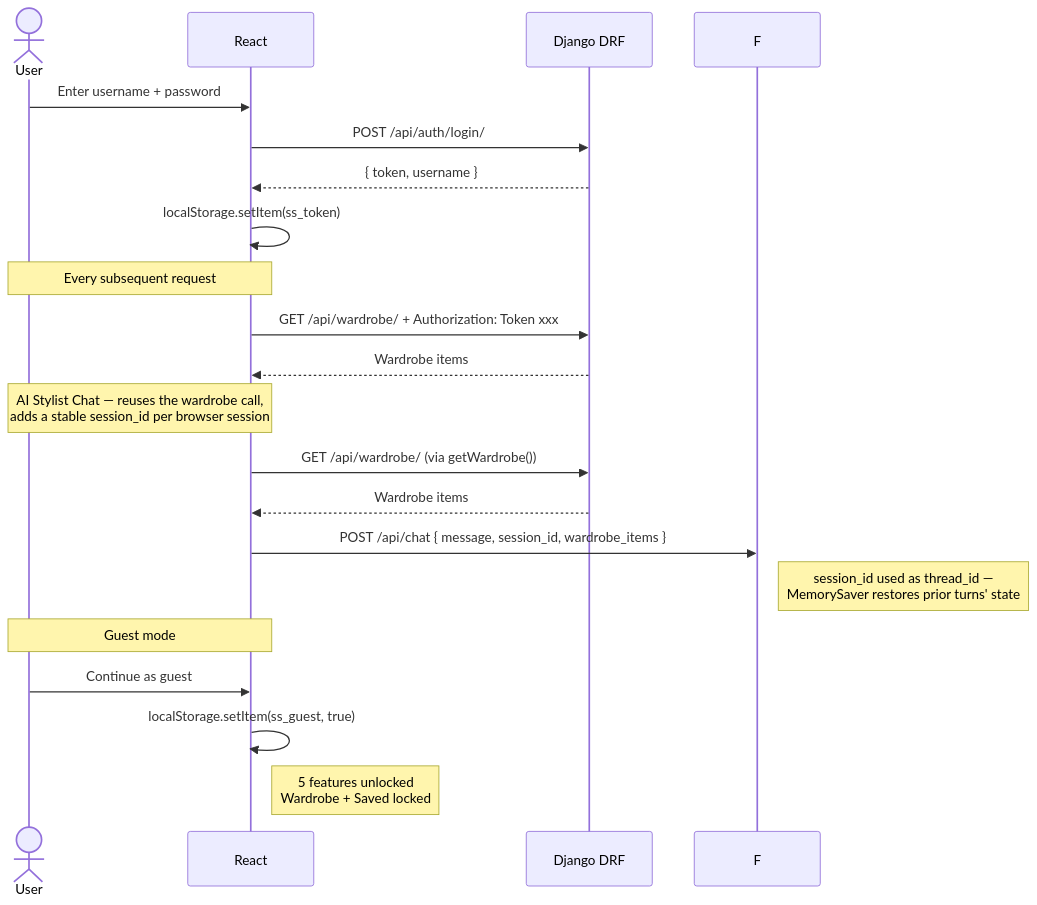
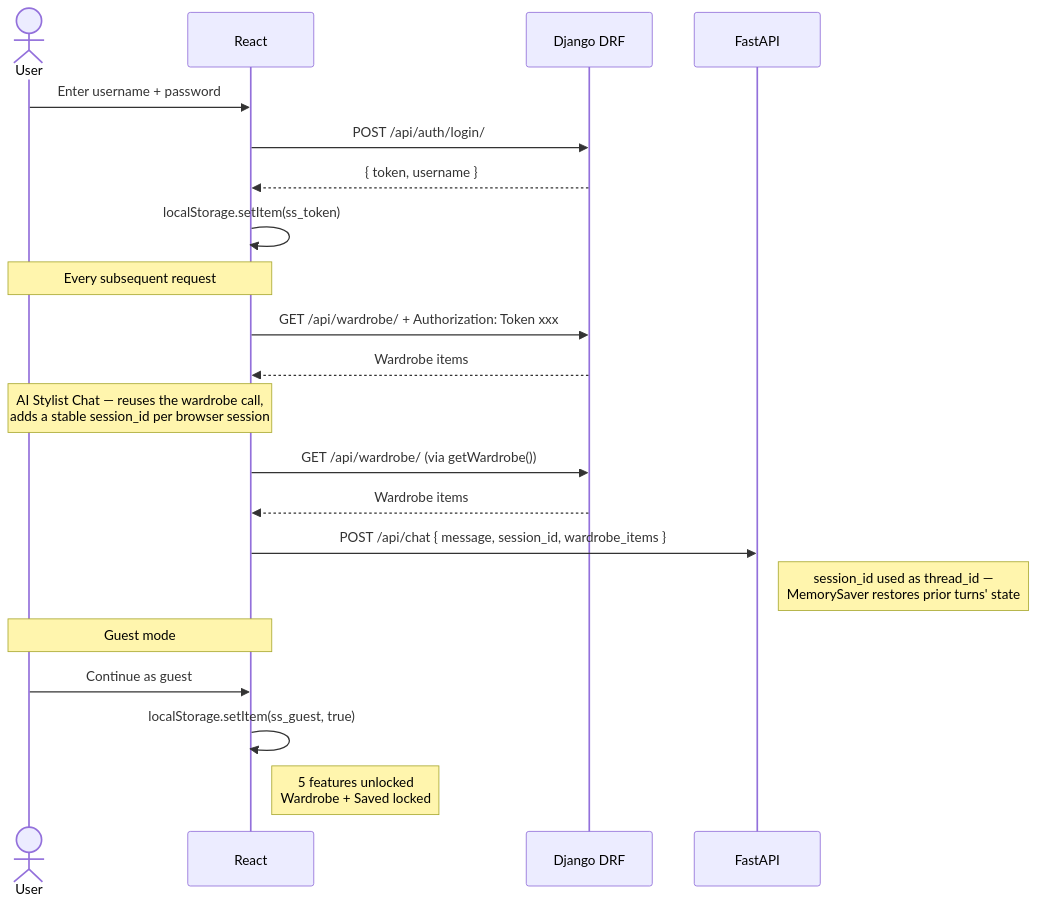
One commit to saloni8780/StyleSense changed the fourth of 4 diagrams in README.md. Above: the diagram before and after it, drawn with Mermaid. The commit also changed other lines of this file, not shown here.

Commit message:
docs: update project overview, features, and setup

````diff
--- a/README.md
+++ b/README.md
@@ -122,26 +122,27 @@
 ```mermaid
 sequenceDiagram
     actor U as User
     participant R as React
     participant D as Django DRF
-
+    participant F as FastAPI
+ 
     U->>R: Enter username + password
     R->>D: POST /api/auth/login/
     D-->>R: { token, username }
     R->>R: localStorage.setItem(ss_token)
-
+ 
     Note over U,R: Every subsequent request
     R->>D: GET /api/wardrobe/ + Authorization: Token xxx
     D-->>R: Wardrobe items
-
+ 
     Note over U,R: AI Stylist Chat — reuses the wardrobe call,<br/>adds a stable session_id per browser session
     R->>D: GET /api/wardrobe/ (via getWardrobe())
     D-->>R: Wardrobe items
     R->>F: POST /api/chat { message, session_id, wardrobe_items }
     Note right of F: session_id used as thread_id —<br/>MemorySaver restores prior turns' state
-
+ 
     Note over U,R: Guest mode
     U->>R: Continue as guest
     R->>R: localStorage.setItem(ss_guest, true)
     Note right of R: 5 features unlocked<br/>Wardrobe + Saved locked
 ```
````
